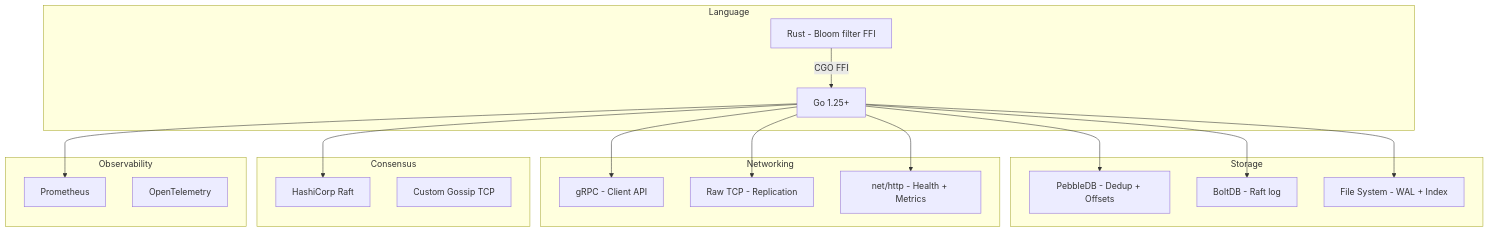
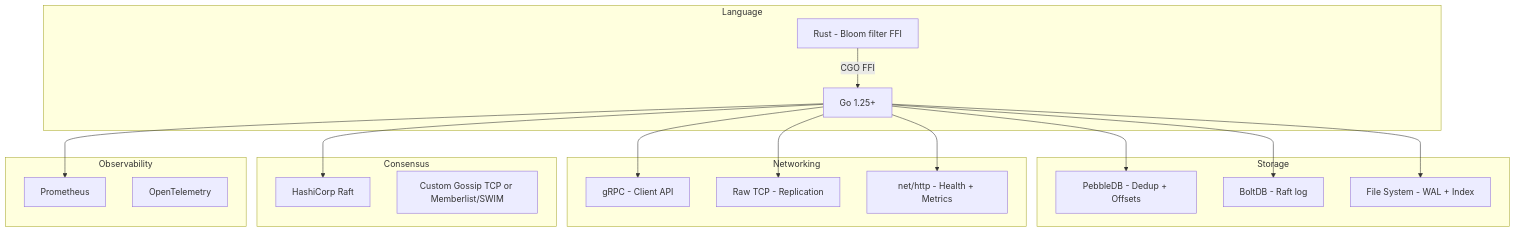
Before and after one commit to jatin711-debug/cronos_db_golang: diagram 43 of 43 in ARCHITECTURE.md, drawn with Mermaid. The commit also changed other lines of this file and 24 other files, not shown here.

````diff
--- a/ARCHITECTURE.md
+++ b/ARCHITECTURE.md
@@ -1190,39 +1343,39 @@
 ```mermaid
 graph TB
     subgraph Language
         GO[Go 1.25+]
         RUST[Rust - Bloom filter FFI]
     end
 
     subgraph Storage
         PEBBLE[PebbleDB - Dedup + Offsets]
         BOLT[BoltDB - Raft log]
         FS[File System - WAL + Index]
     end
 
     subgraph Networking
         GRPC[gRPC - Client API]
         TCP[Raw TCP - Replication]
         HTTP[net/http - Health + Metrics]
     end
 
     subgraph Consensus
         HRAFT[HashiCorp Raft]
-        GOSSIP[Custom Gossip TCP]
+        GOSSIP[Custom Gossip TCP or Memberlist/SWIM]
     end
 
     subgraph Observability
         PROM[Prometheus]
         OTEL[OpenTelemetry]
     end
 
     GO --> PEBBLE
     GO --> BOLT
     GO --> FS
     GO --> GRPC
     GO --> TCP
     GO --> HTTP
     GO --> HRAFT
     GO --> PROM
     RUST -->|CGO FFI| GO
 ```
````
